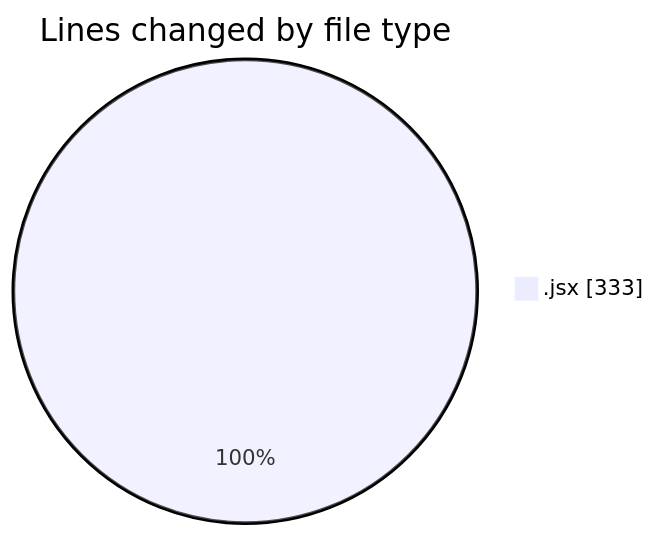
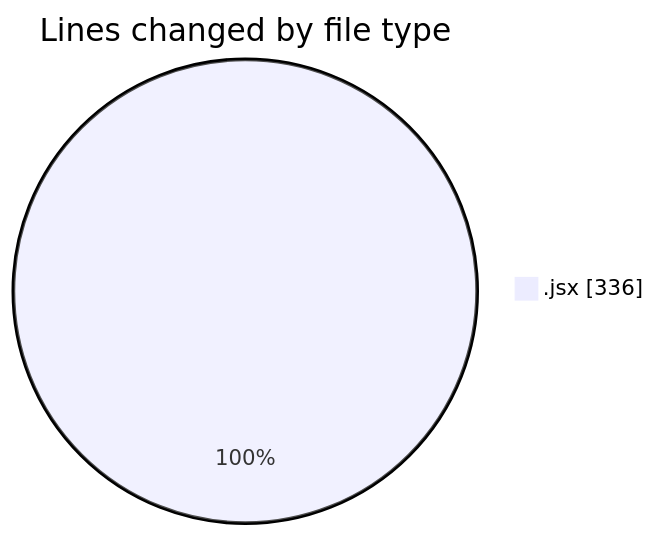
One commit to nxtqubesakshisongat/code-tracking changed the first of 2 diagrams in 2025-07-04/argos/README.md. Above: the diagram before and after it, drawn with Mermaid. The commit also changed other lines of this file and 1 other file, not shown here.

````diff
--- a/2025-07-04/argos/README.md
+++ b/2025-07-04/argos/README.md
@@ -20,5 +20,5 @@
 ```mermaid
 pie showData
 title Lines changed by file type
-".jsx" : 333
+".jsx" : 336
 ```
````
